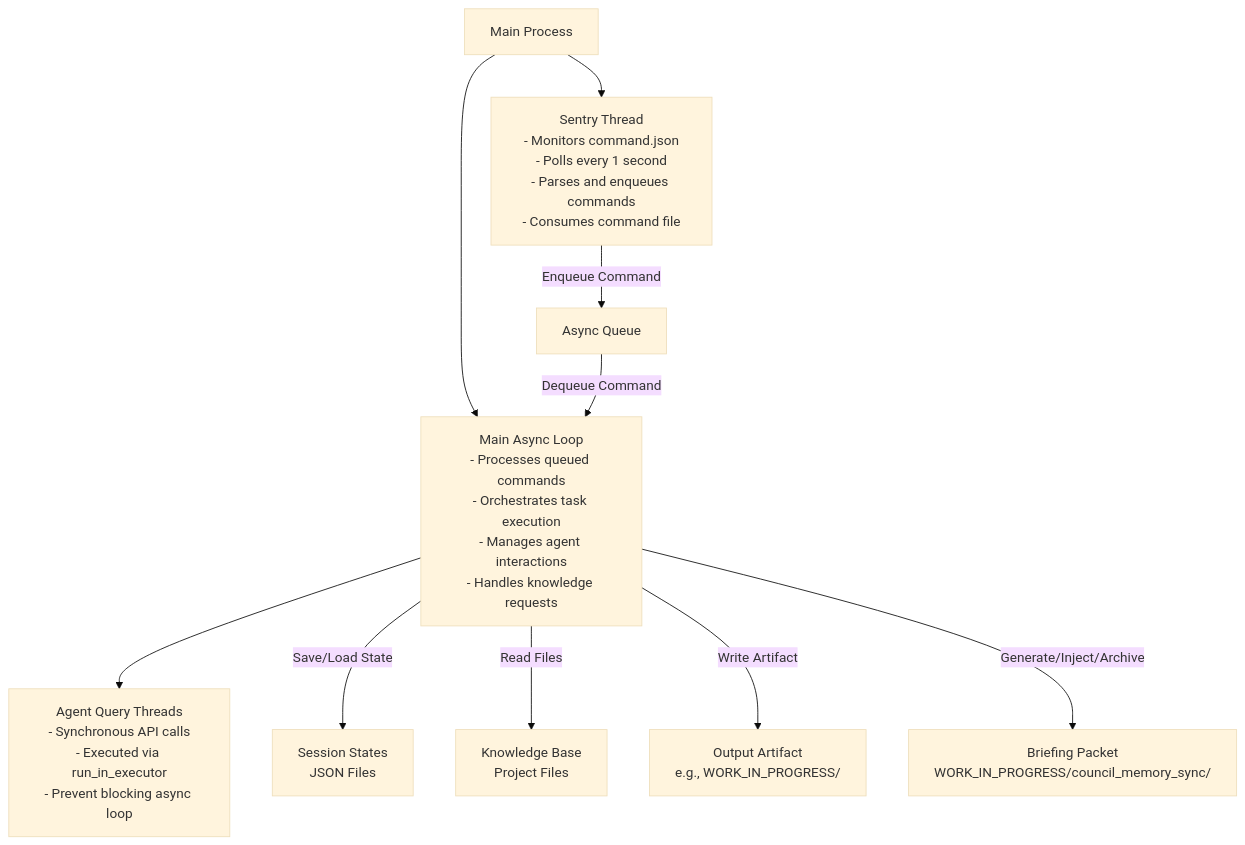
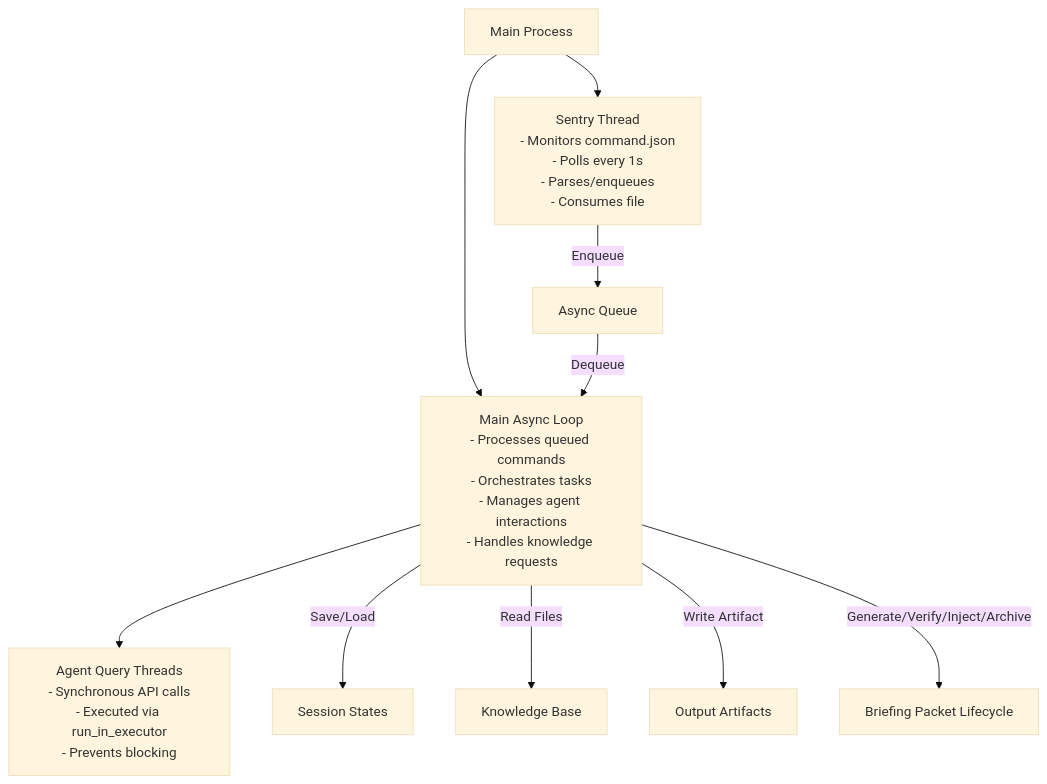
One commit to richfrem/Project_Sanctuary changed the second of 2 diagrams in council_orchestrator/README.md. Above: the diagram before and after it, drawn with Mermaid (base theme). The commit also changed other lines of this file and 8 other files, not shown here.

````diff
--- a/council_orchestrator/README.md
+++ b/council_orchestrator/README.md
@@ -92,17 +104,17 @@
 ```mermaid
 graph TD
     A[Main Process] --> B[Sentry Thread]
     A --> C[Main Async Loop]
     C --> D[Agent Query Threads]
 
-    B[Sentry Thread<br/>- Monitors command.json<br/>- Polls every 1 second<br/>- Parses and enqueues commands<br/>- Consumes command file]
-    C[Main Async Loop<br/>- Processes queued commands<br/>- Orchestrates task execution<br/>- Manages agent interactions<br/>- Handles knowledge requests]
-    D[Agent Query Threads<br/>- Synchronous API calls<br/>- Executed via run_in_executor<br/>- Prevent blocking async loop]
+    B[Sentry Thread<br/>- Monitors command.json<br/>- Polls every 1s<br/>- Parses/enqueues<br/>- Consumes file]
+    C[Main Async Loop<br/>- Processes queued commands<br/>- Orchestrates tasks<br/>- Manages agent interactions<br/>- Handles knowledge requests]
+    D[Agent Query Threads<br/>- Synchronous API calls<br/>- Executed via run_in_executor<br/>- Prevents blocking]
 
-    B -->|Enqueue Command| E[Async Queue]
-    E -->|Dequeue Command| C
-    C -->|Save/Load State| F[Session States<br/>JSON Files]
-    C -->|Read Files| G[Knowledge Base<br/>Project Files]
-    C -->|Write Artifact| H[Output Artifact<br/>e.g., WORK_IN_PROGRESS/]
-    C -->|Generate/Inject/Archive| I[Briefing Packet<br/>WORK_IN_PROGRESS/council_memory_sync/]
+    B -->|Enqueue| E[Async Queue]
+    E -->|Dequeue| C
+    C -->|Save/Load| F[Session States]
+    C -->|Read Files| G[Knowledge Base]
+    C -->|Write Artifact| H[Output Artifacts]
+    C -->|Generate/Verify/Inject/Archive| I[Briefing Packet Lifecycle]
 ```
````
